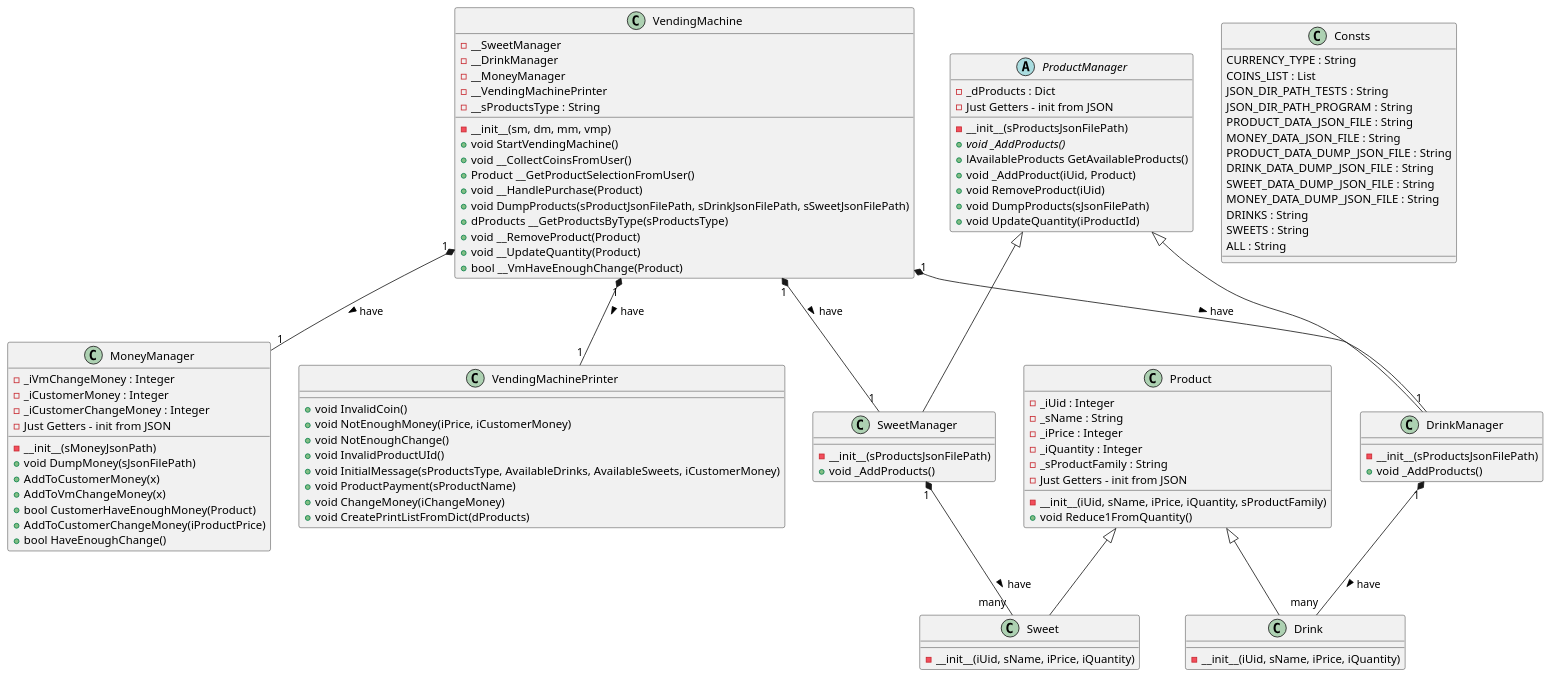
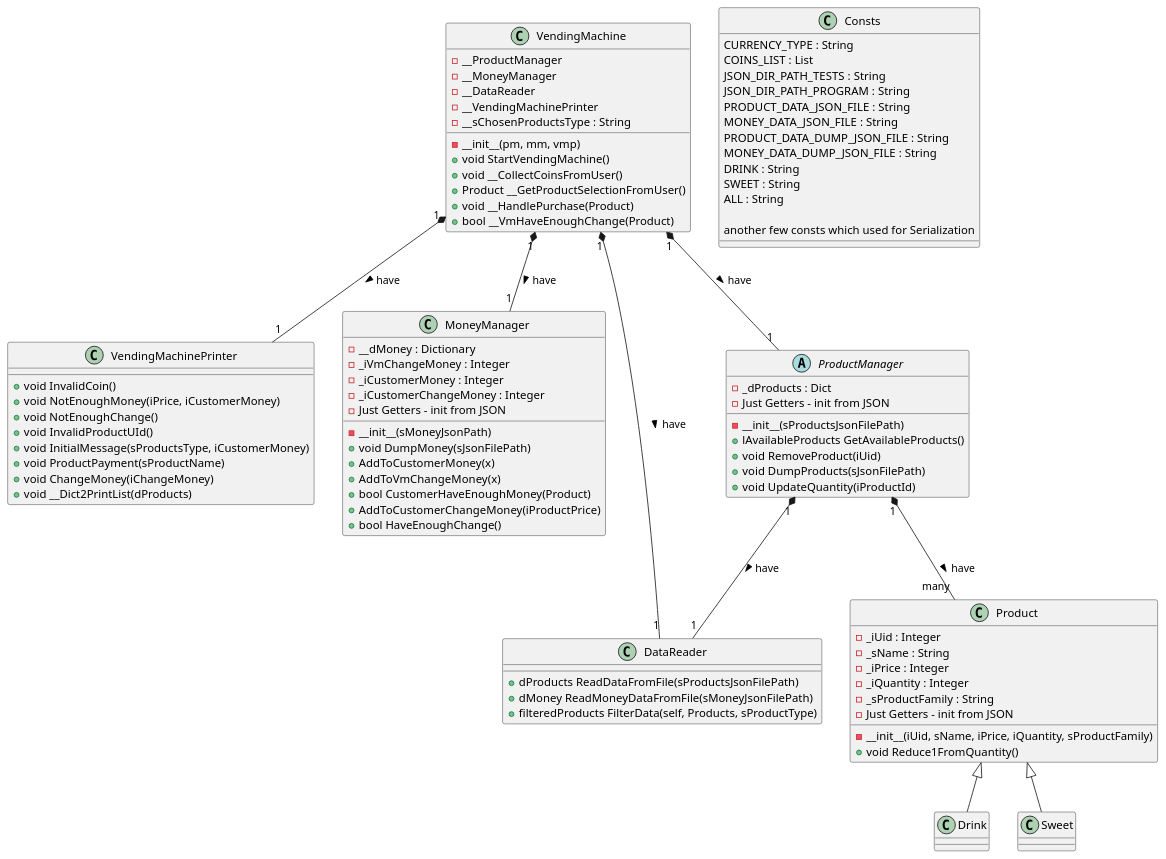
Before and after one commit to avielas/VendingMachine: the diagram in aviela_home_assignment/uml/design.puml, drawn with PlantUML. The commit also changed 6 other files, not shown here.

Commit message:
add constants to Serialization. move read money data from json to ReadData class. update UML with the new design. remove AddProduct (allow adding products just from JSON)

```diff
--- a/aviela_home_assignment/uml/design.puml
+++ b/aviela_home_assignment/uml/design.puml
@@ -1,115 +1,100 @@
 @startuml class diagram
 'https://plantuml.com/class-diagram
 
 class VendingMachine{
-    -__SweetManager
-    -__DrinkManager
+    -__ProductManager
     -__MoneyManager
+    -__DataReader
     -__VendingMachinePrinter
-    -__sProductsType : String
-    -__init__(sm, dm, mm, vmp)
+    -__sChosenProductsType : String
+    -__init__(pm, mm, vmp)
     +void StartVendingMachine()
     +void __CollectCoinsFromUser()
     +Product __GetProductSelectionFromUser()
     +void __HandlePurchase(Product)
-    +void DumpProducts(sProductJsonFilePath, sDrinkJsonFilePath, sSweetJsonFilePath)
-    +dProducts __GetProductsByType(sProductsType)
-    +void __RemoveProduct(Product)
-    +void __UpdateQuantity(Product)
     +bool __VmHaveEnoughChange(Product)
 }
 
 class VendingMachinePrinter{
     +void InvalidCoin()
     +void NotEnoughMoney(iPrice, iCustomerMoney)
     +void NotEnoughChange()
     +void InvalidProductUId()
-    +void InitialMessage(sProductsType, AvailableDrinks, AvailableSweets, iCustomerMoney)
+    +void InitialMessage(sProductsType, iCustomerMoney)
     +void ProductPayment(sProductName)
     +void ChangeMoney(iChangeMoney)
-    +void CreatePrintListFromDict(dProducts)
+    +void __Dict2PrintList(dProducts)
 }
 
 class MoneyManager{
+    -__dMoney : Dictionary
     -_iVmChangeMoney : Integer
     -_iCustomerMoney : Integer
     -_iCustomerChangeMoney : Integer
     -Just Getters - init from JSON
     -__init__(sMoneyJsonPath)
     +void DumpMoney(sJsonFilePath)
     +AddToCustomerMoney(x)
     +AddToVmChangeMoney(x)
     +bool CustomerHaveEnoughMoney(Product)
     +AddToCustomerChangeMoney(iProductPrice)
     +bool HaveEnoughChange()
 }
 
-class DrinkManager{
-    -__init__(sProductsJsonFilePath)
-    +void _AddProducts()
-}
-
-class SweetManager{
-    -__init__(sProductsJsonFilePath)
-    +void _AddProducts()
+class DataReader{
+    +dProducts ReadDataFromFile(sProductsJsonFilePath)
+    +dMoney ReadMoneyDataFromFile(sMoneyJsonFilePath)
+    +filteredProducts FilterData(self, Products, sProductType)
 }
 
 class Product{
     -_iUid : Integer
     -_sName : String
     -_iPrice : Integer
     -_iQuantity : Integer
     -_sProductFamily : String
     -__init__(iUid, sName, iPrice, iQuantity, sProductFamily)
     -Just Getters - init from JSON
     +void Reduce1FromQuantity()
 }
 
-class Drink{
-    -__init__(iUid, sName, iPrice, iQuantity)
-}
+class Drink{}
 
-class Sweet{
-    -__init__(iUid, sName, iPrice, iQuantity)
-}
+class Sweet{}
 
 class Consts{
     CURRENCY_TYPE : String
     COINS_LIST : List
     JSON_DIR_PATH_TESTS : String
     JSON_DIR_PATH_PROGRAM : String
     PRODUCT_DATA_JSON_FILE : String
     MONEY_DATA_JSON_FILE : String
     PRODUCT_DATA_DUMP_JSON_FILE : String
-    DRINK_DATA_DUMP_JSON_FILE : String
-    SWEET_DATA_DUMP_JSON_FILE : String
     MONEY_DATA_DUMP_JSON_FILE : String
-    DRINKS : String
-    SWEETS : String
+    DRINK : String
+    SWEET : String
     ALL : String
+
+    another few consts which used for Serialization
 }
 
 abstract class ProductManager{
     - _dProducts : Dict
     -__init__(sProductsJsonFilePath)
     -Just Getters - init from JSON
-    +void {abstract} _AddProducts()
     +lAvailableProducts GetAvailableProducts()
-    +void _AddProduct(iUid, Product)
     +void RemoveProduct(iUid)
     +void DumpProducts(sJsonFilePath)
     +void UpdateQuantity(iProductId)
 }
 
-ProductManager <|-- DrinkManager
-ProductManager <|-- SweetManager
 Product <|-- Drink
 Product <|-- Sweet
-VendingMachine "1" *-- "1" DrinkManager : have >
-VendingMachine "1" *-- "1" SweetManager : have >
+VendingMachine "1" *-- "1" ProductManager : have >
 VendingMachine "1" *-- "1" MoneyManager : have >
 VendingMachine "1" *-- "1" VendingMachinePrinter : have >
-DrinkManager "1" *-- "many" Drink :have >
-SweetManager "1" *-- "many" Sweet :have >
+VendingMachine "1" *-- "1" DataReader : have >
+ProductManager "1" *-- "1" DataReader : have >
+ProductManager "1" *-- "many" Product : have >
 
 @enduml
```
